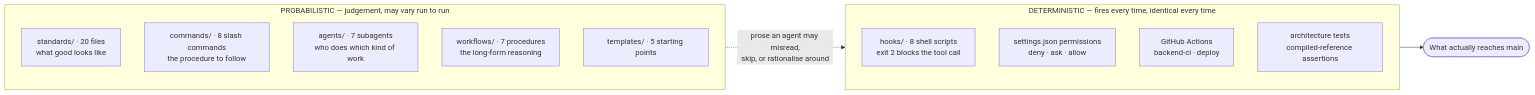
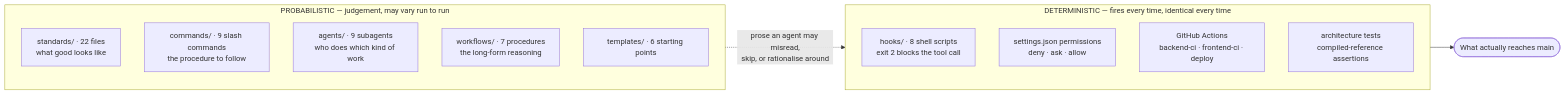
The second of 5 diagrams in docs/workflow.md (Emadkhanqai/aj-boilerplate-be), drawn with Mermaid before and after one commit. The commit also changed other lines of this file and 283 other files, not shown here.

````diff
--- a/docs/workflow.md
+++ b/docs/workflow.md
@@ -89,20 +89,20 @@
 ```mermaid
 flowchart LR
   subgraph P["PROBABILISTIC — judgement, may vary run to run"]
-    STD["standards/ · 20 files<br/>what good looks like"]
-    CMD["commands/ · 8 slash commands<br/>the procedure to follow"]
-    AGT["agents/ · 7 subagents<br/>who does which kind of work"]
+    STD["standards/ · 22 files<br/>what good looks like"]
+    CMD["commands/ · 9 slash commands<br/>the procedure to follow"]
+    AGT["agents/ · 9 subagents<br/>who does which kind of work"]
     WF["workflows/ · 7 procedures<br/>the long-form reasoning"]
-    TPL["templates/ · 5 starting points"]
+    TPL["templates/ · 6 starting points"]
   end
 
   subgraph D["DETERMINISTIC — fires every time, identical every time"]
     HOOK["hooks/ · 8 shell scripts<br/>exit 2 blocks the tool call"]
     PERM["settings.json permissions<br/>deny · ask · allow"]
-    CI["GitHub Actions<br/>backend-ci · deploy"]
+    CI["GitHub Actions<br/>backend-ci · frontend-ci · deploy"]
     ARCH["architecture tests<br/>compiled-reference assertions"]
   end
 
   P -. "prose an agent may misread,<br/>skip, or rationalise around" .-> D
   D --> OUT(["What actually reaches main"])
 ```
````
